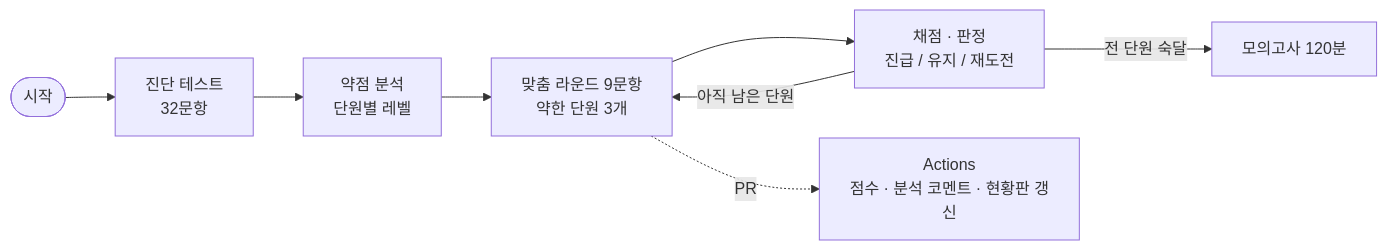
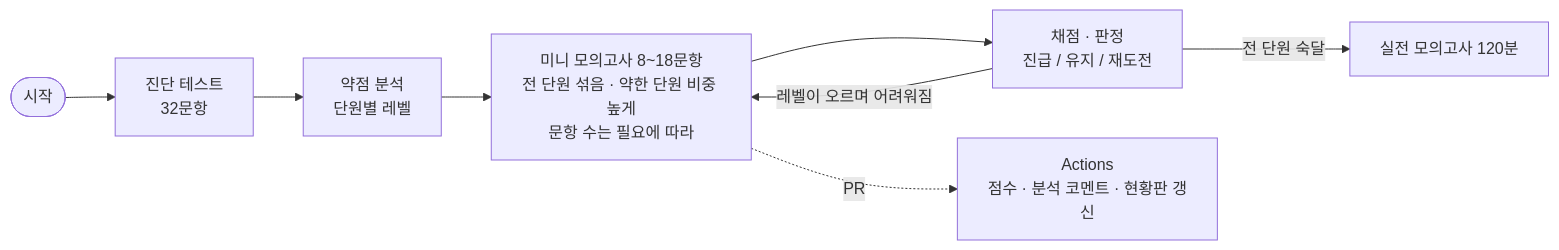
The diagram in README.md (WaterMinCho/rokey-python-study), drawn with Mermaid before and after one commit. The commit also changed other lines of this file and 6 other files, not shown here.

````diff
--- a/README.md
+++ b/README.md
@@ -72,10 +69,10 @@
 ```mermaid
 flowchart LR
     S([시작]) --> D[진단 테스트<br/>32문항]
     D --> A[약점 분석<br/>단원별 레벨]
-    A --> R[맞춤 라운드 9문항<br/>약한 단원 3개]
+    A --> R[미니 모의고사 8~18문항<br/>전 단원 섞음 · 약한 단원 비중 높게<br/>문항 수는 필요에 따라]
     R --> G[채점 · 판정<br/>진급 / 유지 / 재도전]
-    G -->|아직 남은 단원| R
-    G -->|전 단원 숙달| M[모의고사 120분]
+    G -->|레벨이 오르며 어려워짐| R
+    G -->|전 단원 숙달| M[실전 모의고사 120분]
     R -.->|PR| C[Actions<br/>점수 · 분석 코멘트 · 현황판 갱신]
 ```
````
